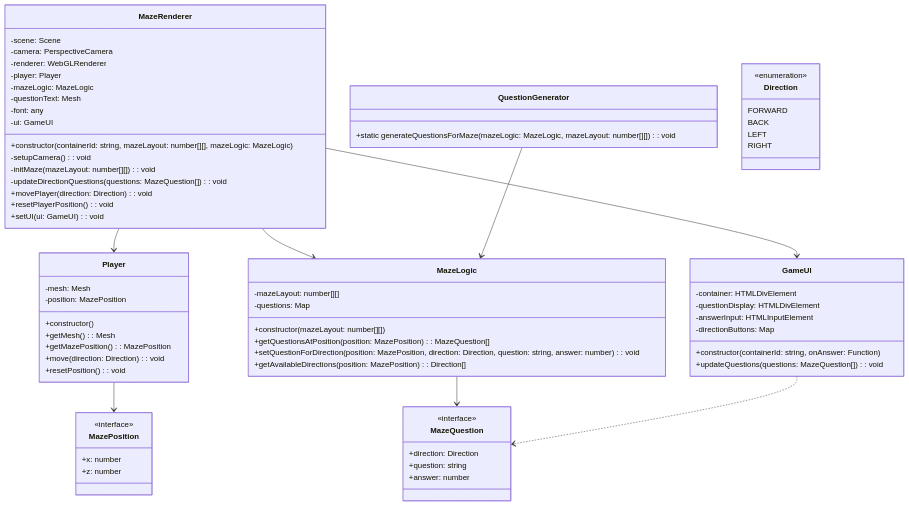
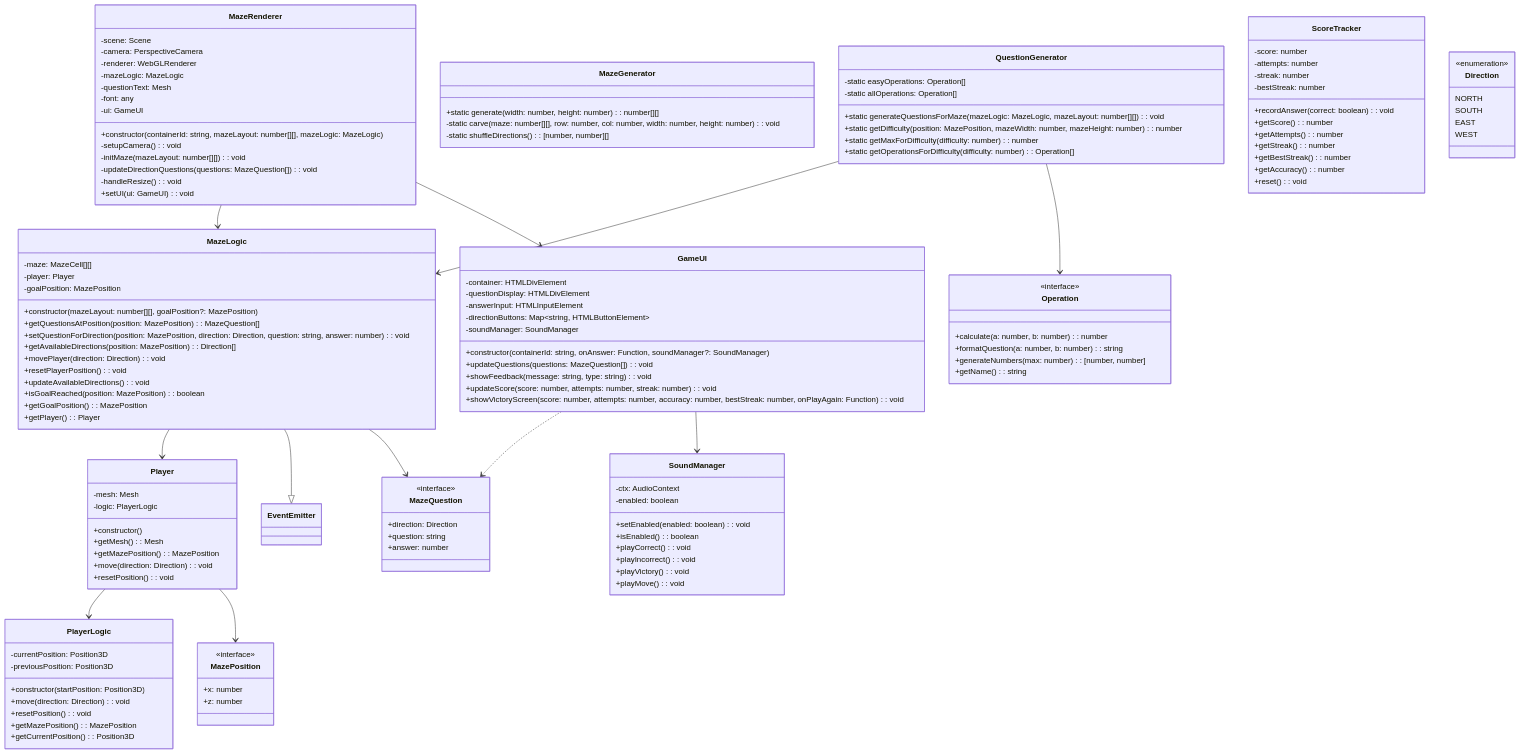
One commit to JFSvensson/DissignasLabyrint changed the diagram in public/docs/diagrams/source/class-diagram.mmd. Above: the diagram before and after it, drawn with Mermaid.

Commit message:
Refactor class diagram to update player logic, enhance maze logic, and integrate SoundManager into GameUI

```diff
--- a/public/docs/diagrams/source/class-diagram.mmd
+++ b/public/docs/diagrams/source/class-diagram.mmd
@@ -1,84 +1,151 @@
 %% DissignasLabyrint - Class Diagram
-%% Senast uppdaterad: 2024-11-27
+%% Senast uppdaterad: 2026-03-20
 
 classDiagram
     class MazeRenderer {
         -scene: Scene
         -camera: PerspectiveCamera
         -renderer: WebGLRenderer
-        -player: Player
         -mazeLogic: MazeLogic
         -questionText: Mesh
         -font: any
         -ui: GameUI
         +constructor(containerId: string, mazeLayout: number[][], mazeLogic: MazeLogic)
         -setupCamera(): void
         -initMaze(mazeLayout: number[][]): void
         -updateDirectionQuestions(questions: MazeQuestion[]): void
-        +movePlayer(direction: Direction): void
-        +resetPlayerPosition(): void
+        -handleResize(): void
         +setUI(ui: GameUI): void
     }
 
     class Player {
         -mesh: Mesh
-        -position: MazePosition
+        -logic: PlayerLogic
         +constructor()
         +getMesh(): Mesh
         +getMazePosition(): MazePosition
         +move(direction: Direction): void
         +resetPosition(): void
     }
 
+    class PlayerLogic {
+        -currentPosition: Position3D
+        -previousPosition: Position3D
+        +constructor(startPosition: Position3D)
+        +move(direction: Direction): void
+        +resetPosition(): void
+        +getMazePosition(): MazePosition
+        +getCurrentPosition(): Position3D
+    }
+
     class MazeLogic {
-        -mazeLayout: number[][]
-        -questions: Map<string, MazeQuestion[]>
-        +constructor(mazeLayout: number[][])
+        -maze: MazeCell[][]
+        -player: Player
+        -goalPosition: MazePosition
+        +constructor(mazeLayout: number[][], goalPosition?: MazePosition)
         +getQuestionsAtPosition(position: MazePosition): MazeQuestion[]
         +setQuestionForDirection(position: MazePosition, direction: Direction, question: string, answer: number): void
         +getAvailableDirections(position: MazePosition): Direction[]
+        +movePlayer(direction: Direction): void
+        +resetPlayerPosition(): void
+        +updateAvailableDirections(): void
+        +isGoalReached(position: MazePosition): boolean
+        +getGoalPosition(): MazePosition
+        +getPlayer(): Player
+    }
+
+    class MazeGenerator {
+        +static generate(width: number, height: number): number[][]
+        -static carve(maze: number[][], row: number, col: number, width: number, height: number): void
+        -static shuffleDirections(): [number, number][]
     }
 
     class GameUI {
         -container: HTMLDivElement
         -questionDisplay: HTMLDivElement
         -answerInput: HTMLInputElement
-        -directionButtons: Map<string, HTMLButtonElement>
-        +constructor(containerId: string, onAnswer: Function)
+        -directionButtons: Map~string, HTMLButtonElement~
+        -soundManager: SoundManager
+        +constructor(containerId: string, onAnswer: Function, soundManager?: SoundManager)
         +updateQuestions(questions: MazeQuestion[]): void
+        +showFeedback(message: string, type: string): void
+        +updateScore(score: number, attempts: number, streak: number): void
+        +showVictoryScreen(score: number, attempts: number, accuracy: number, bestStreak: number, onPlayAgain: Function): void
     }
 
     class QuestionGenerator {
+        -static easyOperations: Operation[]
+        -static allOperations: Operation[]
         +static generateQuestionsForMaze(mazeLogic: MazeLogic, mazeLayout: number[][]): void
+        +static getDifficulty(position: MazePosition, mazeWidth: number, mazeHeight: number): number
+        +static getMaxForDifficulty(difficulty: number): number
+        +static getOperationsForDifficulty(difficulty: number): Operation[]
+    }
+
+    class ScoreTracker {
+        -score: number
+        -attempts: number
+        -streak: number
+        -bestStreak: number
+        +recordAnswer(correct: boolean): void
+        +getScore(): number
+        +getAttempts(): number
+        +getStreak(): number
+        +getBestStreak(): number
+        +getAccuracy(): number
+        +reset(): void
+    }
+
+    class SoundManager {
+        -ctx: AudioContext
+        -enabled: boolean
+        +setEnabled(enabled: boolean): void
+        +isEnabled(): boolean
+        +playCorrect(): void
+        +playIncorrect(): void
+        +playVictory(): void
+        +playMove(): void
+    }
+
+    class Operation {
+        <<interface>>
+        +calculate(a: number, b: number): number
+        +formatQuestion(a: number, b: number): string
+        +generateNumbers(max: number): [number, number]
+        +getName(): string
     }
 
     %% Interfaces och typer
     class MazeQuestion {
         <<interface>>
         +direction: Direction
         +question: string
         +answer: number
     }
 
     class MazePosition {
         <<interface>>
         +x: number
         +z: number
     }
 
     class Direction {
         <<enumeration>>
-        FORWARD
-        BACK
-        LEFT
-        RIGHT
+        NORTH
+        SOUTH
+        EAST
+        WEST
     }
 
     %% Relationer
-    MazeRenderer --> Player
     MazeRenderer --> MazeLogic
     MazeRenderer --> GameUI
+    MazeLogic --> Player
+    MazeLogic --|> EventEmitter
+    Player --> PlayerLogic
     MazeLogic --> MazeQuestion
     Player --> MazePosition
     QuestionGenerator --> MazeLogic
+    QuestionGenerator --> Operation
     GameUI ..> MazeQuestion
+    GameUI --> SoundManager
```
